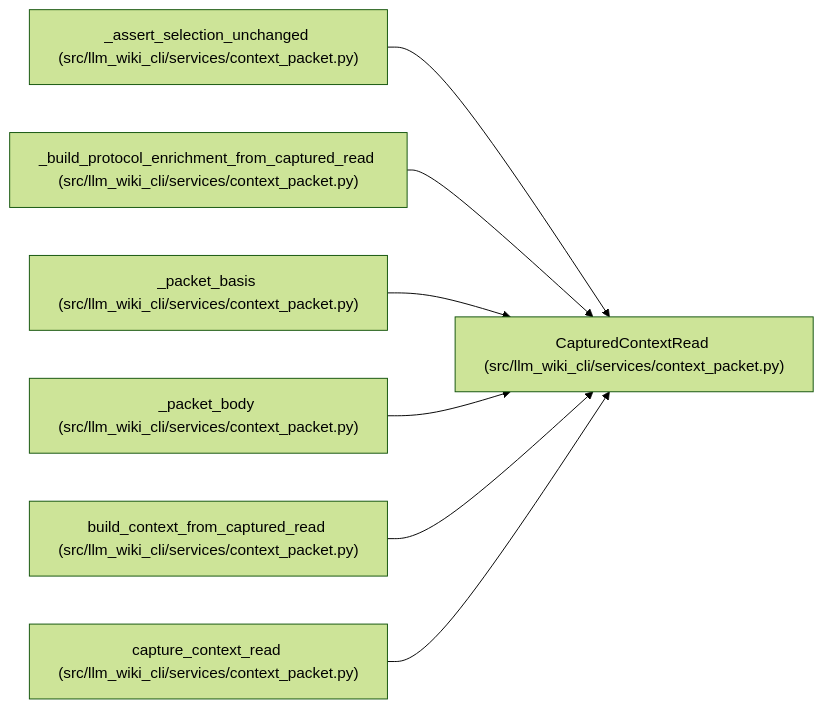
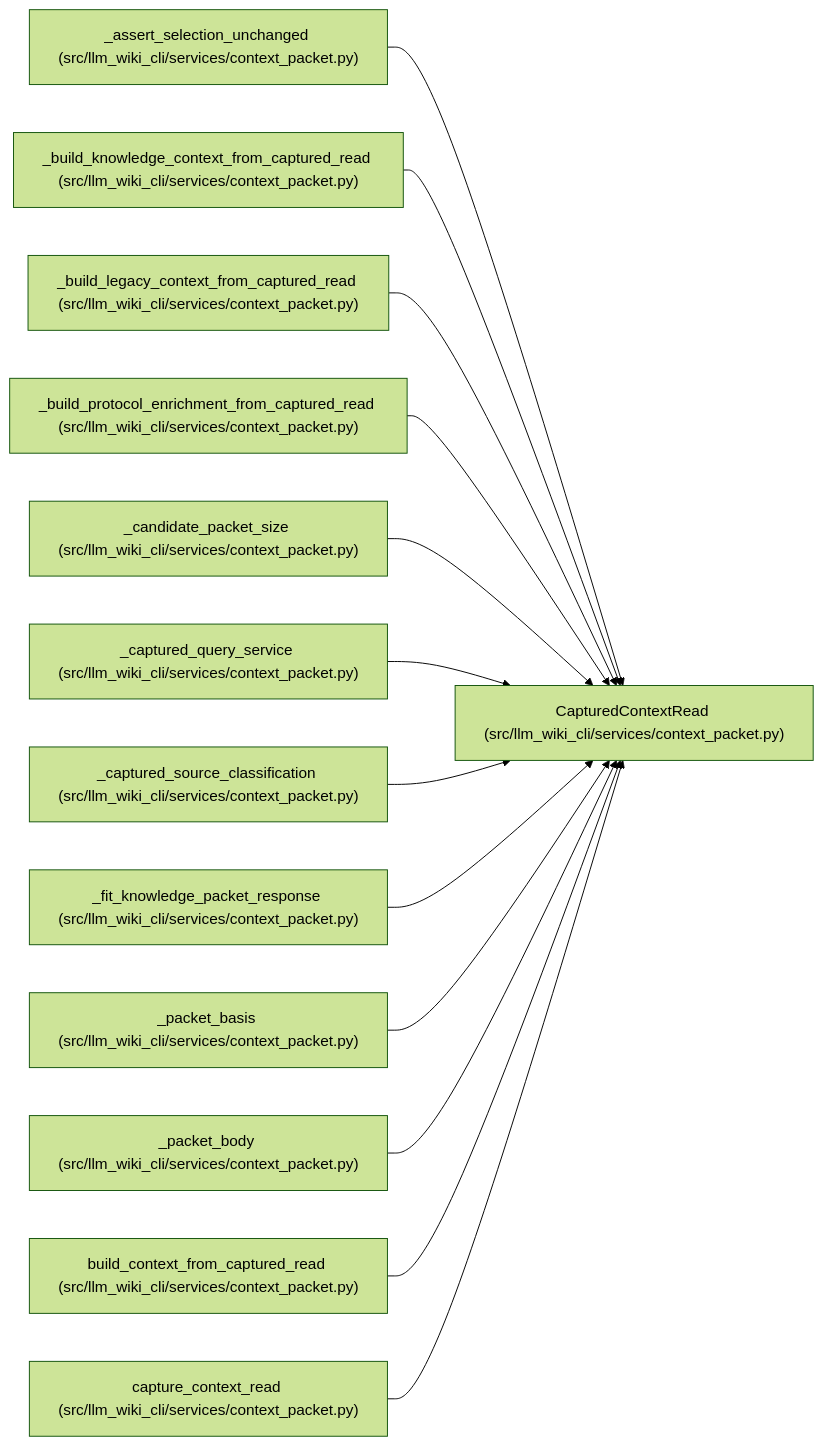
The diagram in docs/llm_wiki/entities/CapturedContextRead.md (Denissvgn/python-wiki-llm), drawn with Mermaid (forest theme) before and after one commit. The commit also changed other lines of this file and 364 other files, not shown here.

````diff
--- a/docs/llm_wiki/entities/CapturedContextRead.md
+++ b/docs/llm_wiki/entities/CapturedContextRead.md
@@ -43,23 +46,41 @@
 ```mermaid
 flowchart LR
     n0["CapturedContextRead (src/llm_wiki_cli/services/context_packet.py)"]
     n1["_assert_selection_unchanged (src/llm_wiki_cli/services/context_packet.py)"]
-    n2["_build_protocol_enrichment_from_captured_read (src/llm_wiki_cli/services/context_packet.py)"]
-    n3["_packet_basis (src/llm_wiki_cli/services/context_packet.py)"]
-    n4["_packet_body (src/llm_wiki_cli/services/context_packet.py)"]
-    n5["build_context_from_captured_read (src/llm_wiki_cli/services/context_packet.py)"]
-    n6["capture_context_read (src/llm_wiki_cli/services/context_packet.py)"]
+    n2["_build_knowledge_context_from_captured_read (src/llm_wiki_cli/services/context_packet.py)"]
+    n3["_build_legacy_context_from_captured_read (src/llm_wiki_cli/services/context_packet.py)"]
+    n4["_build_protocol_enrichment_from_captured_read (src/llm_wiki_cli/services/context_packet.py)"]
+    n5["_candidate_packet_size (src/llm_wiki_cli/services/context_packet.py)"]
+    n6["_captured_query_service (src/llm_wiki_cli/services/context_packet.py)"]
+    n7["_captured_source_classification (src/llm_wiki_cli/services/context_packet.py)"]
+    n8["_fit_knowledge_packet_response (src/llm_wiki_cli/services/context_packet.py)"]
+    n9["_packet_basis (src/llm_wiki_cli/services/context_packet.py)"]
+    n10["_packet_body (src/llm_wiki_cli/services/context_packet.py)"]
+    n11["build_context_from_captured_read (src/llm_wiki_cli/services/context_packet.py)"]
+    n12["capture_context_read (src/llm_wiki_cli/services/context_packet.py)"]
     n1 --> n0
     n2 --> n0
     n3 --> n0
     n4 --> n0
     n5 --> n0
     n6 --> n0
+    n7 --> n0
+    n8 --> n0
+    n9 --> n0
+    n10 --> n0
+    n11 --> n0
+    n12 --> n0
     click n0 "../modules/context_packet.md"
     click n1 "../modules/context_packet.md"
     click n2 "../modules/context_packet.md"
     click n3 "../modules/context_packet.md"
     click n4 "../modules/context_packet.md"
     click n5 "../modules/context_packet.md"
     click n6 "../modules/context_packet.md"
+    click n7 "../modules/context_packet.md"
+    click n8 "../modules/context_packet.md"
+    click n9 "../modules/context_packet.md"
+    click n10 "../modules/context_packet.md"
+    click n11 "../modules/context_packet.md"
+    click n12 "../modules/context_packet.md"
 ```
````
